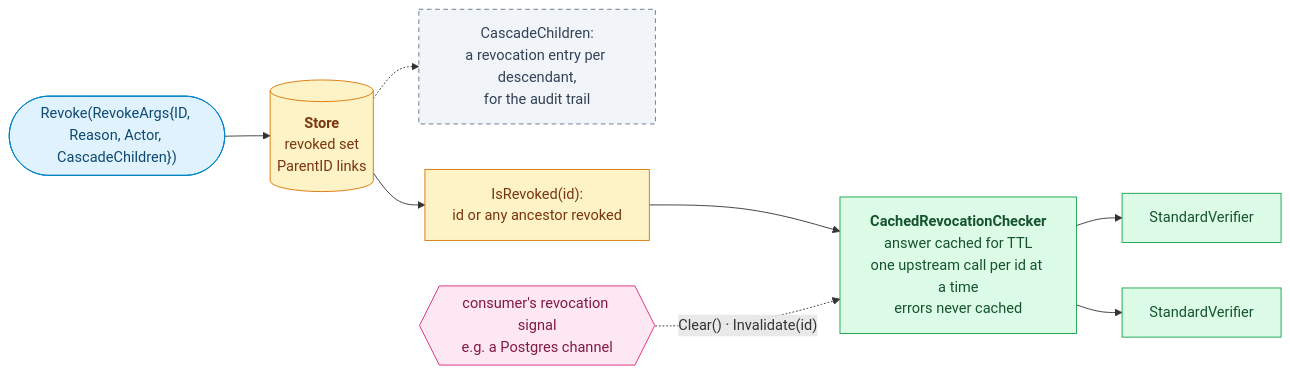
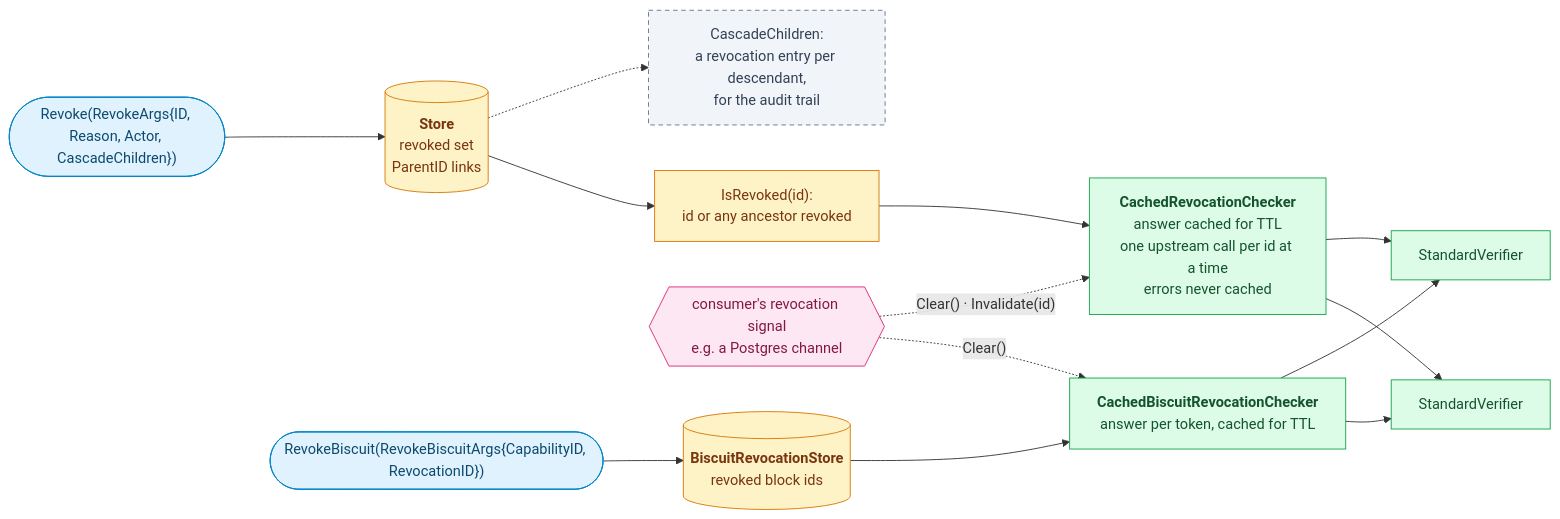
The tenth of 10 diagrams in capability/docs/diagrams.md (oleg-tkachuk/paladin), drawn with Mermaid before and after one commit. The commit also changed other lines of this file and 5 other files, not shown here.

First line of the commit message:
docs: record biscuit copies in an ADR and the architecture diagrams

````diff
--- a/capability/docs/diagrams.md
+++ b/capability/docs/diagrams.md
@@ -377,29 +503,36 @@
 ```mermaid
 flowchart LR
     op(["Revoke(RevokeArgs{ID, Reason, Actor, CascadeChildren})"])
     store[("<b>Store</b><br/>revoked set<br/>ParentID links")]
     cascade["CascadeChildren:<br/>a revocation entry per descendant,<br/>for the audit trail"]
     chain["IsRevoked(id):<br/>id or any ancestor revoked"]
     cache["<b>CachedRevocationChecker</b><br/>answer cached for TTL<br/>one upstream call per id at a time<br/>errors never cached"]
     notify{{"consumer's revocation signal<br/>e.g. a Postgres channel"}}
+    bop(["RevokeBiscuit(RevokeBiscuitArgs{CapabilityID, RevocationID})"])
+    blist[("<b>BiscuitRevocationStore</b><br/>revoked block ids")]
+    bcache["<b>CachedBiscuitRevocationChecker</b><br/>answer per token, cached for TTL"]
     v1["StandardVerifier"]
     v2["StandardVerifier"]
 
     op --> store
     store -.-> cascade
     store --> chain --> cache
     cache --> v1
     cache --> v2
     notify -. "Clear() · Invalidate(id)" .-> cache
+    bop --> blist --> bcache
+    bcache --> v1
+    bcache --> v2
+    notify -. "Clear()" .-> bcache
 
     classDef client fill:#E0F2FE,stroke:#0284C7,color:#0C4A6E
     classDef role fill:#DCFCE7,stroke:#16A34A,color:#14532D
     classDef optional fill:#F1F5F9,stroke:#64748B,color:#334155,stroke-dasharray:5 4
     classDef store fill:#FEF3C7,stroke:#D97706,color:#78350F
     classDef external fill:#FCE7F3,stroke:#DB2777,color:#831843
-    class op client
-    class v1,v2,cache role
+    class op,bop client
+    class v1,v2,cache,bcache role
     class cascade optional
-    class store,chain store
+    class store,chain,blist store
     class notify external
 ```
````
